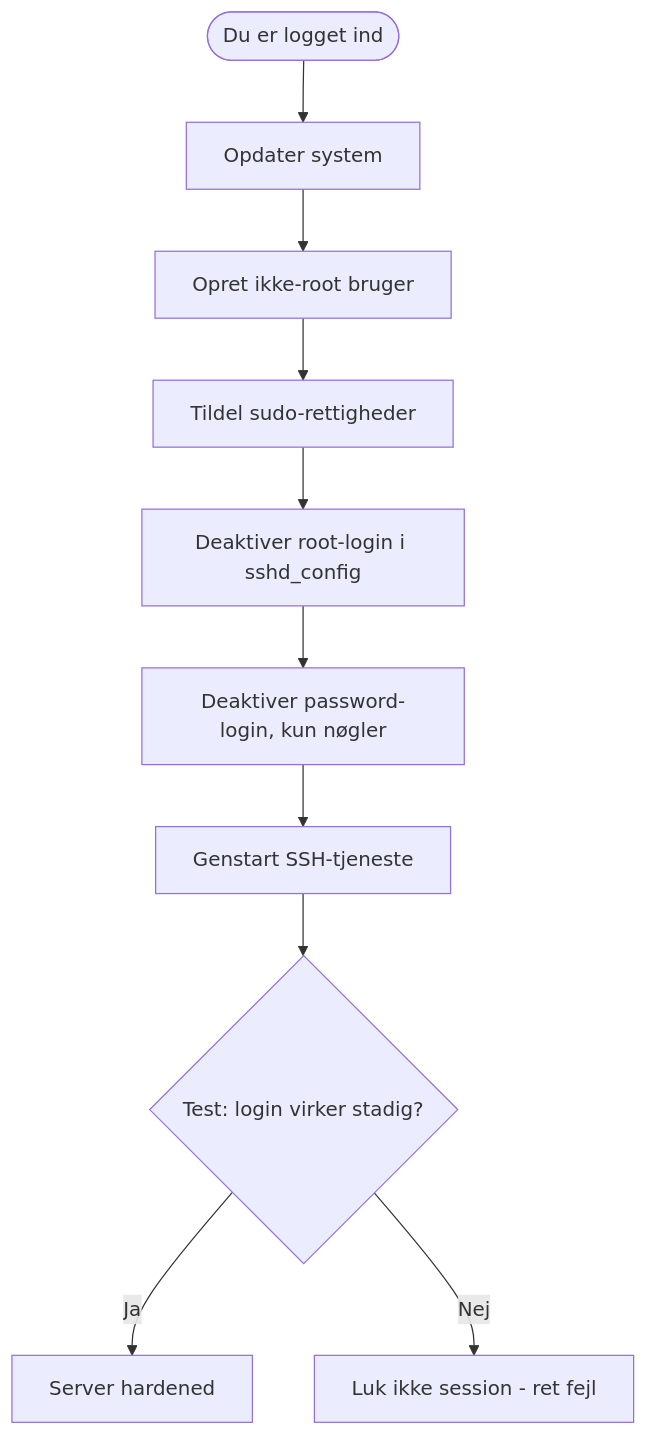
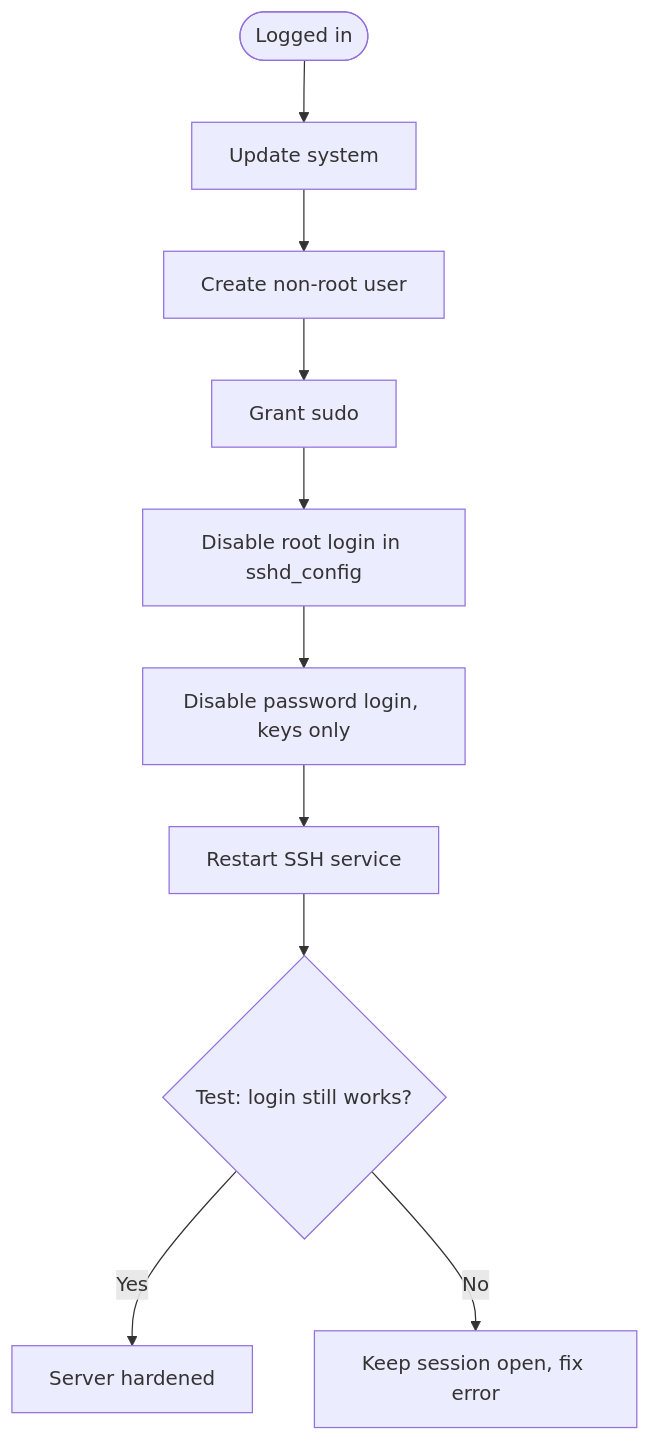
The fourth of 20 diagrams in docs/notes/day1-ssh.md (Mercantec-GHC/deploy-or-die-anbo0005), drawn with Mermaid before and after one commit. The commit also changed other lines of this file and 8 other files, not shown here.

````diff
--- a/docs/notes/day1-ssh.md
+++ b/docs/notes/day1-ssh.md
@@ -332,12 +332,12 @@
 ```mermaid
 flowchart TD
-    Start([Du er logget ind]) --> A[Opdater system]
-    A --> B[Opret ikke-root bruger]
-    B --> C[Tildel sudo-rettigheder]
-    C --> D[Deaktiver root-login i sshd_config]
-    D --> E[Deaktiver password-login, kun nøgler]
-    E --> F[Genstart SSH-tjeneste]
-    F --> G{Test: login virker stadig?}
-    G -- Ja --> H[Server hardened]
-    G -- Nej --> I[Luk ikke session - ret fejl]
+    Start([Logged in]) --> A[Update system]
+    A --> B[Create non-root user]
+    B --> C[Grant sudo]
+    C --> D[Disable root login in sshd_config]
+    D --> E[Disable password login, keys only]
+    E --> F[Restart SSH service]
+    F --> G{Test: login still works?}
+    G -- Yes --> H[Server hardened]
+    G -- No --> I[Keep session open, fix error]
 ```
````
